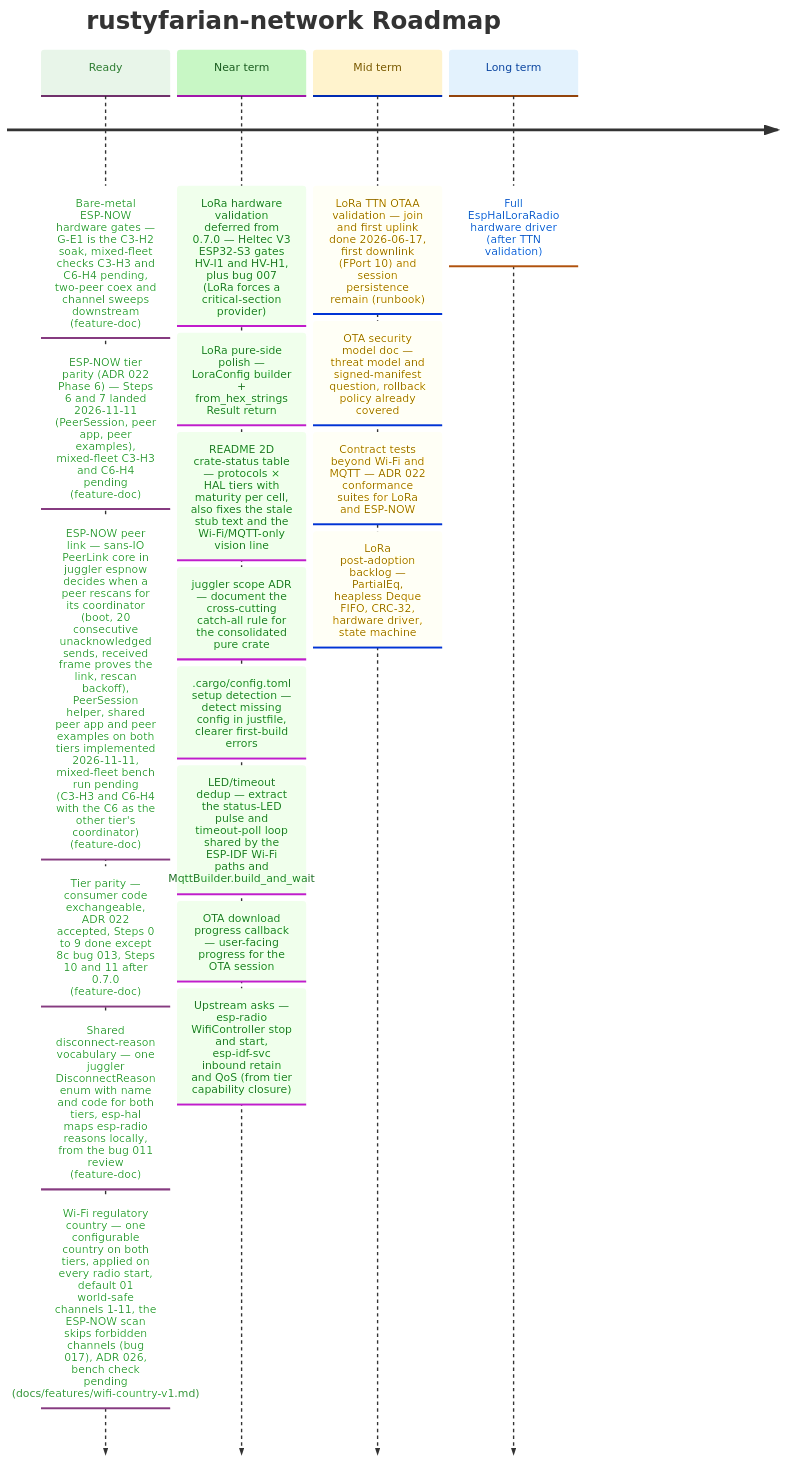
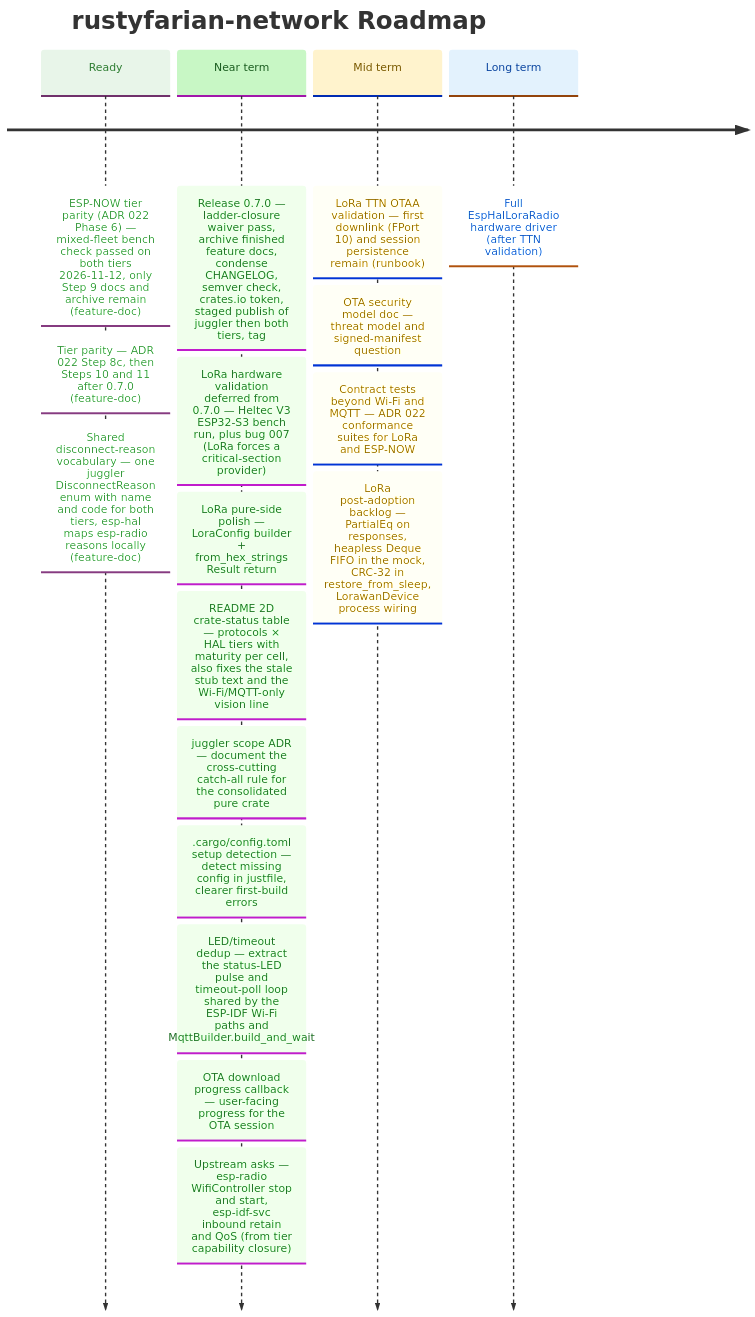
The diagram in docs/ROADMAP.md (datenkollektiv/rustyfarian-network), drawn with Mermaid before and after one commit. The commit also changed other lines of this file and 135 other files, not shown here.

````diff
--- a/docs/ROADMAP.md
+++ b/docs/ROADMAP.md
@@ -15,41 +15,38 @@
 ```mermaid
 %%{init: {
   "theme": "base",
   "themeVariables": {
     "cScale0": "#e8f5e9",
     "cScaleLabel0": "#2e7d32",
     "cScale1": "#c8f7c5",
     "cScaleLabel1": "#1b5e20",
     "cScale2": "#fff3cd",
     "cScaleLabel2": "#7a5a00",
     "cScale3": "#e3f2fd",
     "cScaleLabel3": "#0d47a1"
   }
 }}%%
 
 timeline
     title rustyfarian-network Roadmap
 
-    Ready     : Bare-metal ESP-NOW hardware gates — G-E1 is the C3-H2 soak, mixed-fleet checks C3-H3 and C6-H4 pending, two-peer coex and channel sweeps downstream (feature-doc)
-              : ESP-NOW tier parity (ADR 022 Phase 6) — Steps 6 and 7 landed 2026-11-11 (PeerSession, peer app, peer examples), mixed-fleet C3-H3 and C6-H4 pending (feature-doc)
-              : ESP-NOW peer link — sans-IO PeerLink core in juggler espnow decides when a peer rescans for its coordinator (boot, 20 consecutive unacknowledged sends, received frame proves the link, rescan backoff), PeerSession helper, shared peer app and peer examples on both tiers implemented 2026-11-11, mixed-fleet bench run pending (C3-H3 and C6-H4 with the C6 as the other tier's coordinator) (feature-doc)
-              : Tier parity — consumer code exchangeable, ADR 022 accepted, Steps 0 to 9 done except 8c bug 013, Steps 10 and 11 after 0.7.0 (feature-doc)
-              : Shared disconnect-reason vocabulary — one juggler DisconnectReason enum with name and code for both tiers, esp-hal maps esp-radio reasons locally, from the bug 011 review (feature-doc)
-              : Wi-Fi regulatory country — one configurable country on both tiers, applied on every radio start, default 01 world-safe channels 1-11, the ESP-NOW scan skips forbidden channels (bug 017), ADR 026, bench check pending (docs/features/wifi-country-v1.md)
-
-    Near term : LoRa hardware validation deferred from 0.7.0 — Heltec V3 ESP32-S3 gates HV-I1 and HV-H1, plus bug 007 (LoRa forces a critical-section provider)
+    Ready     : ESP-NOW tier parity (ADR 022 Phase 6) — mixed-fleet bench check passed on both tiers 2026-11-12, only Step 9 docs and archive remain (feature-doc)
+              : Tier parity — ADR 022 Step 8c, then Steps 10 and 11 after 0.7.0 (feature-doc)
+              : Shared disconnect-reason vocabulary — one juggler DisconnectReason enum with name and code for both tiers, esp-hal maps esp-radio reasons locally (feature-doc)
+    Near term : Release 0.7.0 — ladder-closure waiver pass, archive finished feature docs, condense CHANGELOG, semver check, crates.io token, staged publish of juggler then both tiers, tag
+              : LoRa hardware validation deferred from 0.7.0 — Heltec V3 ESP32-S3 bench run, plus bug 007 (LoRa forces a critical-section provider)
               : LoRa pure-side polish — LoraConfig builder + from_hex_strings Result return
               : README 2D crate-status table — protocols × HAL tiers with maturity per cell, also fixes the stale stub text and the Wi-Fi/MQTT-only vision line
               : juggler scope ADR — document the cross-cutting catch-all rule for the consolidated pure crate
               : .cargo/config.toml setup detection — detect missing config in justfile, clearer first-build errors
               : LED/timeout dedup — extract the status-LED pulse and timeout-poll loop shared by the ESP-IDF Wi-Fi paths and MqttBuilder.build_and_wait
               : OTA download progress callback — user-facing progress for the OTA session
               : Upstream asks — esp-radio WifiController stop and start, esp-idf-svc inbound retain and QoS (from tier capability closure)
 
-    Mid term  : LoRa TTN OTAA validation — join and first uplink done 2026-06-17, first downlink (FPort 10) and session persistence remain (runbook)
-              : OTA security model doc — threat model and signed-manifest question, rollback policy already covered
+    Mid term  : LoRa TTN OTAA validation — first downlink (FPort 10) and session persistence remain (runbook)
+              : OTA security model doc — threat model and signed-manifest question
               : Contract tests beyond Wi-Fi and MQTT — ADR 022 conformance suites for LoRa and ESP-NOW
-              : LoRa post-adoption backlog — PartialEq, heapless Deque FIFO, CRC-32, hardware driver, state machine
+              : LoRa post-adoption backlog — PartialEq on responses, heapless Deque FIFO in the mock, CRC-32 in restore_from_sleep, LorawanDevice process wiring
 
     Long term : Full EspHalLoraRadio hardware driver (after TTN validation)
 ```
````
